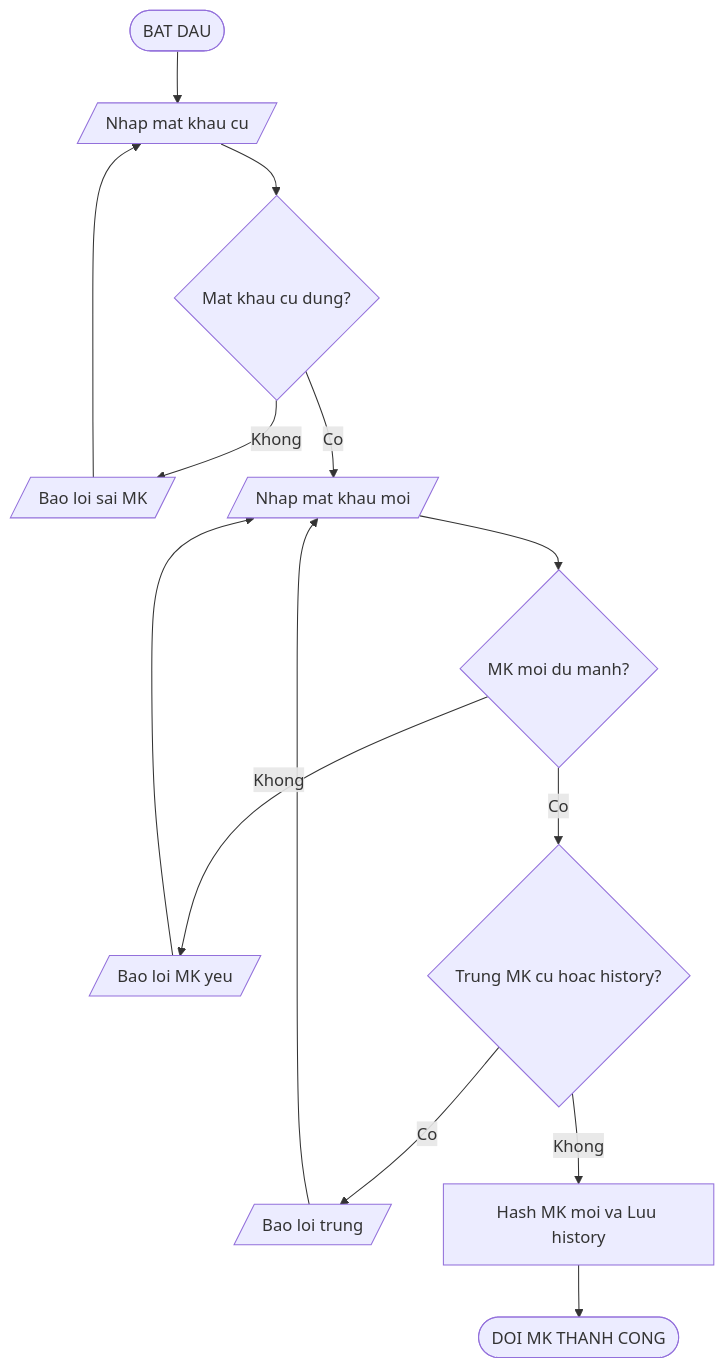
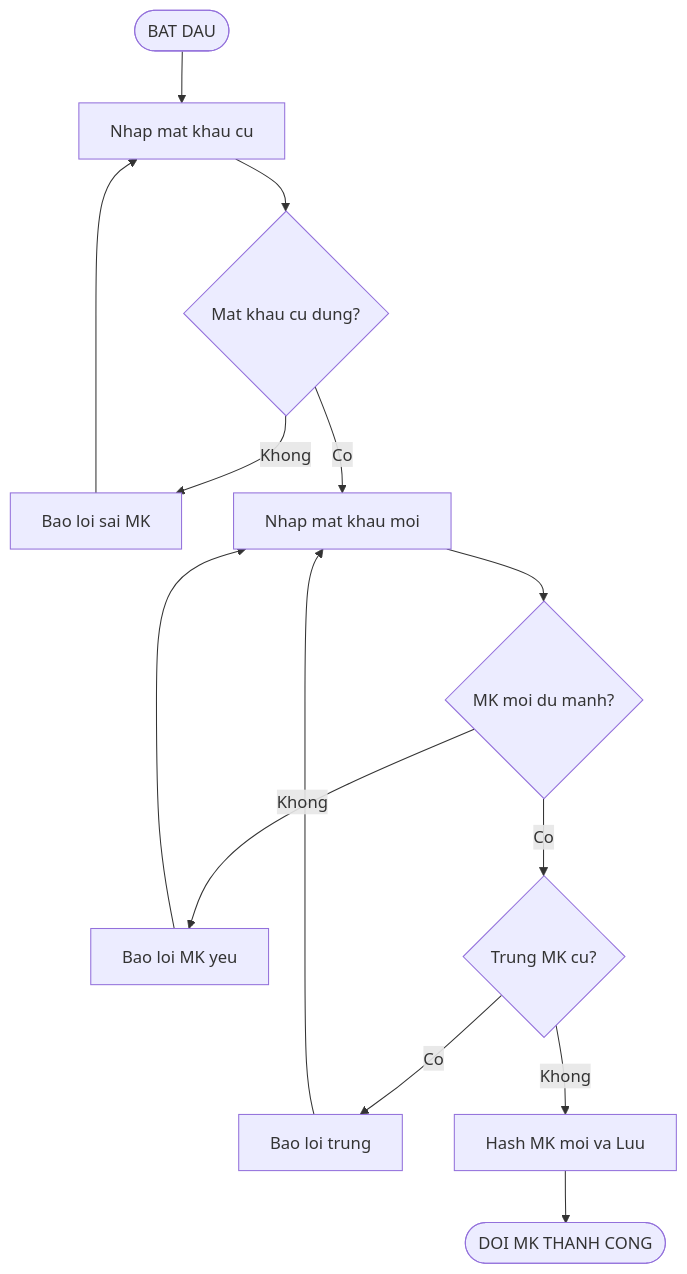
The seventh of 20 diagrams in docs/Flowcharts/Flowcharts.md (phucphuc2006/pro-192), drawn with Mermaid before and after one commit. The commit also changed other lines of this file, not shown here.

Commit message:
Fix Mermaid: remove parallelogram syntax for GitHub

````diff
--- a/docs/Flowcharts/Flowcharts.md
+++ b/docs/Flowcharts/Flowcharts.md
@@ -124,16 +123,16 @@
 ```mermaid
 flowchart TD
-    A([BAT DAU]) --> B[/Nhap mat khau cu/]
+    A([BAT DAU]) --> B[Nhap mat khau cu]
     B --> C{Mat khau cu dung?}
-    C -->|Khong| D[/Bao loi sai MK/]
+    C -->|Khong| D[Bao loi sai MK]
     D --> B
-    C -->|Co| E[/Nhap mat khau moi/]
+    C -->|Co| E[Nhap mat khau moi]
     E --> F{MK moi du manh?}
-    F -->|Khong| G[/Bao loi MK yeu/]
+    F -->|Khong| G[Bao loi MK yeu]
     G --> E
-    F -->|Co| H{Trung MK cu hoac history?}
-    H -->|Co| I[/Bao loi trung/]
+    F -->|Co| H{Trung MK cu?}
+    H -->|Co| I[Bao loi trung]
     I --> E
-    H -->|Khong| J[Hash MK moi va Luu history]
+    H -->|Khong| J[Hash MK moi va Luu]
     J --> K([DOI MK THANH CONG])
 ```
````
